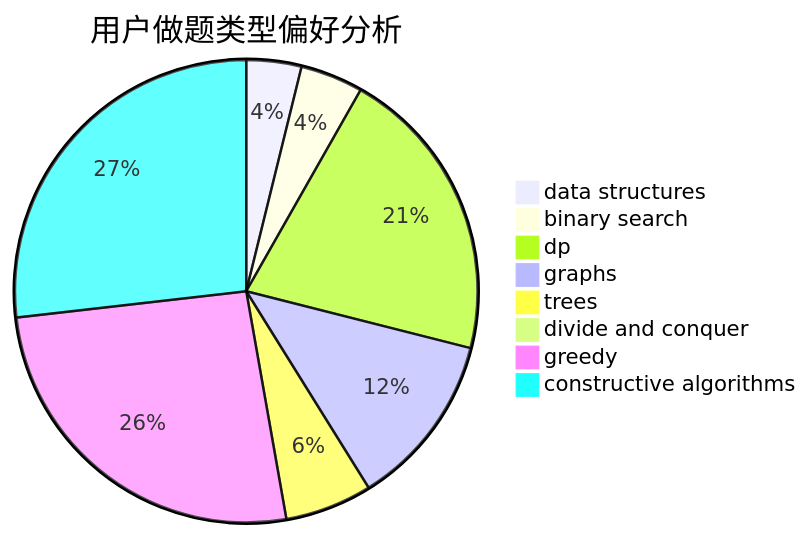
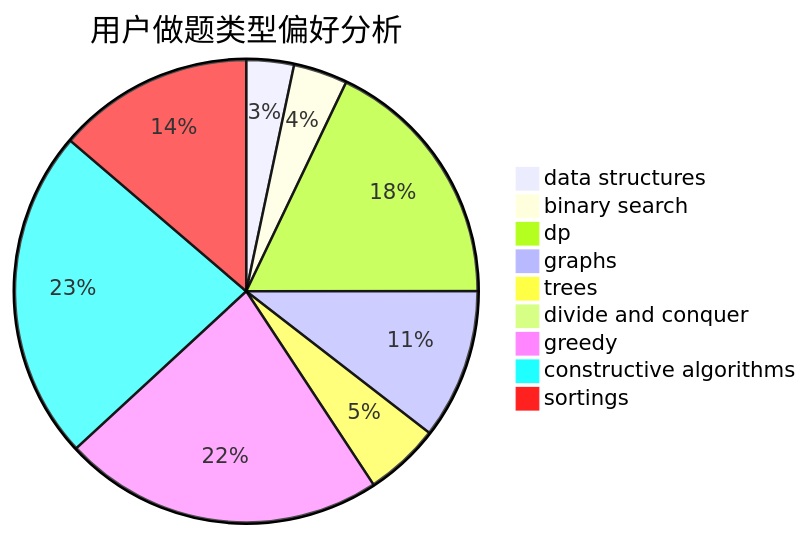
One commit to sherpahu/cfrs.github.io changed the second of 3 diagrams in docs/user/u729.md. Above: the diagram before and after it, drawn with Mermaid. The commit also changed other lines of this file and 2769 other files, not shown here.

````diff
--- a/docs/user/u729.md
+++ b/docs/user/u729.md
@@ -23,11 +18,12 @@
 ```mermaid
 pie title 用户做题类型偏好分析
     "data structures" :  36
     "binary search" :  41
     "dp" :  194
     "graphs" :  114
     "trees" :  57
     "divide and conquer" :  0
     "greedy" :  243
     "constructive algorithms" :  251
+    "sortings" :  149
 ```
````
